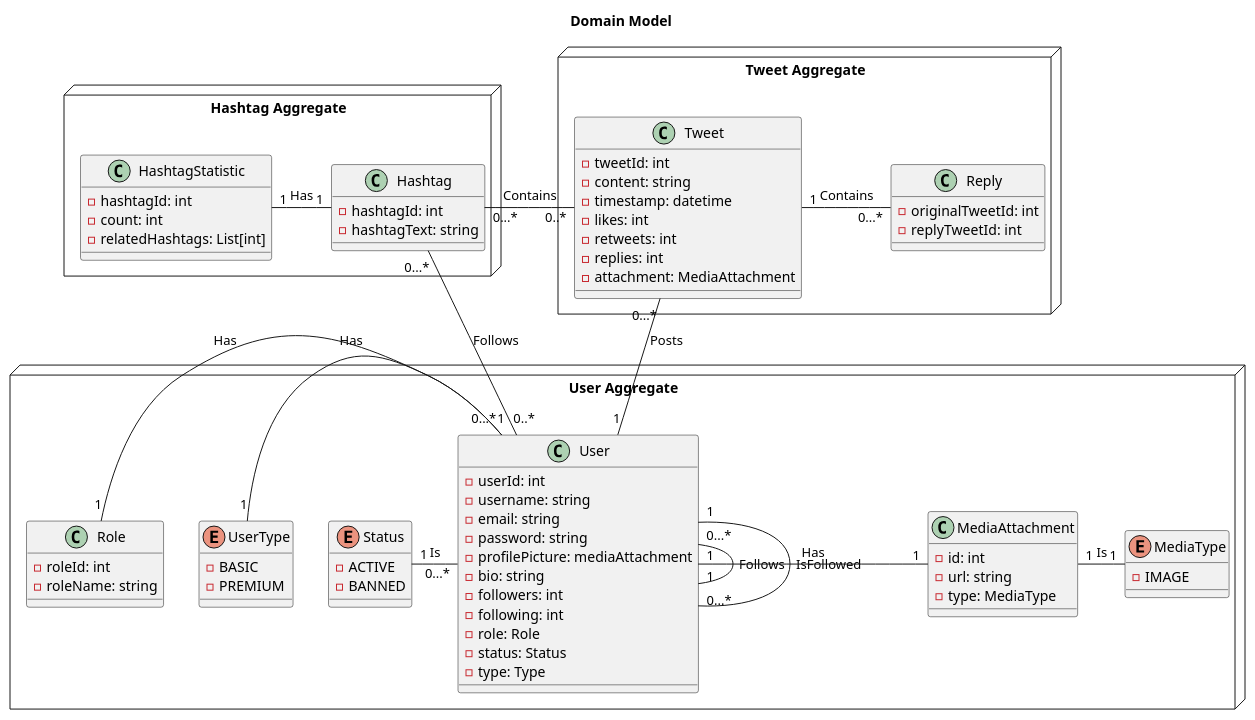
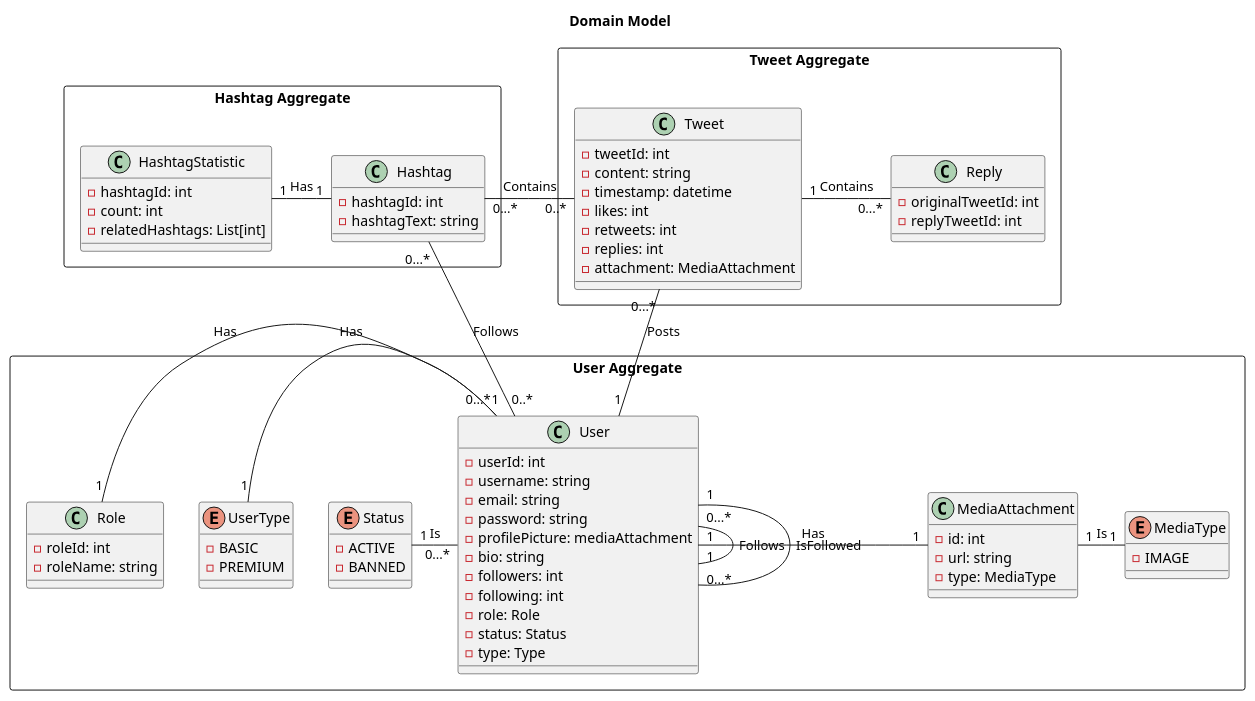
The diagram in deliverables/phase_1/design/domain_model.puml (tomasoliveira21/desofs2024_M1B_3), drawn with PlantUML before and after one commit. The commit also changed 1 other file, not shown here.

Commit message:
Imoprove domain model

```diff
--- a/deliverables/phase_1/design/domain_model.puml
+++ b/deliverables/phase_1/design/domain_model.puml
@@ -1,95 +1,95 @@
-@startuml "SocialNet"
+@startuml "domain_model"
 
 title Domain Model
 
-node "User Aggregate" {
+rectangle "User Aggregate" {
     class User {
         - userId: int
         - username: string
         - email: string
         - password: string
         - profilePicture: mediaAttachment
         - bio: string
         - followers: int
         - following: int
         - role: Role
         - status: Status
         - type: Type
     }
 
     class Role {
         - roleId: int
         - roleName: string
     }
 
     enum MediaType {
         - IMAGE
     }
 
     enum UserType {
         - BASIC
         - PREMIUM
     }
 
     enum Status {
         - ACTIVE
         - BANNED
     }
 
     class MediaAttachment {
         - id: int
         - url: string
         - type: MediaType
     }
 }
 
-node "Tweet Aggregate" {
+rectangle "Tweet Aggregate" {
     class Tweet {
         - tweetId: int
         - content: string
         - timestamp: datetime
         - likes: int
         - retweets: int
         - replies: int
         - attachment: MediaAttachment
     }
 
     class Reply {
         - originalTweetId: int
         - replyTweetId: int
     }
 }
 
 
-node "Hashtag Aggregate" {
+rectangle "Hashtag Aggregate" {
     class Hashtag {
         - hashtagId: int
         - hashtagText: string
     }
 
     class HashtagStatistic {
         - hashtagId: int
         - count: int
         - relatedHashtags: List[int]
     }
 }
 
 User "1" -up- "0...*" Tweet : Posts
 
 User "1" -up- "0...*" User : Follows
 User "1" -down- "0...*" User : IsFollowed
 
 User "0...*" -left- "1" Status : Is
 User "0...*" -left- "1" UserType : Has
 User "1" -left- "1" Role : Has
 User "1" -right- "1" MediaAttachment: Has
 
 MediaAttachment "1" -right- "1" MediaType: Is
 
 Tweet "0..*" -left- "0...*" Hashtag : Contains
 Tweet "1" -right- "0...*" Reply: Contains
 User "0..*" -up- "0...*" Hashtag : Follows
 
 Hashtag "1" -left- "1" HashtagStatistic: Has
 
 @enduml
```
